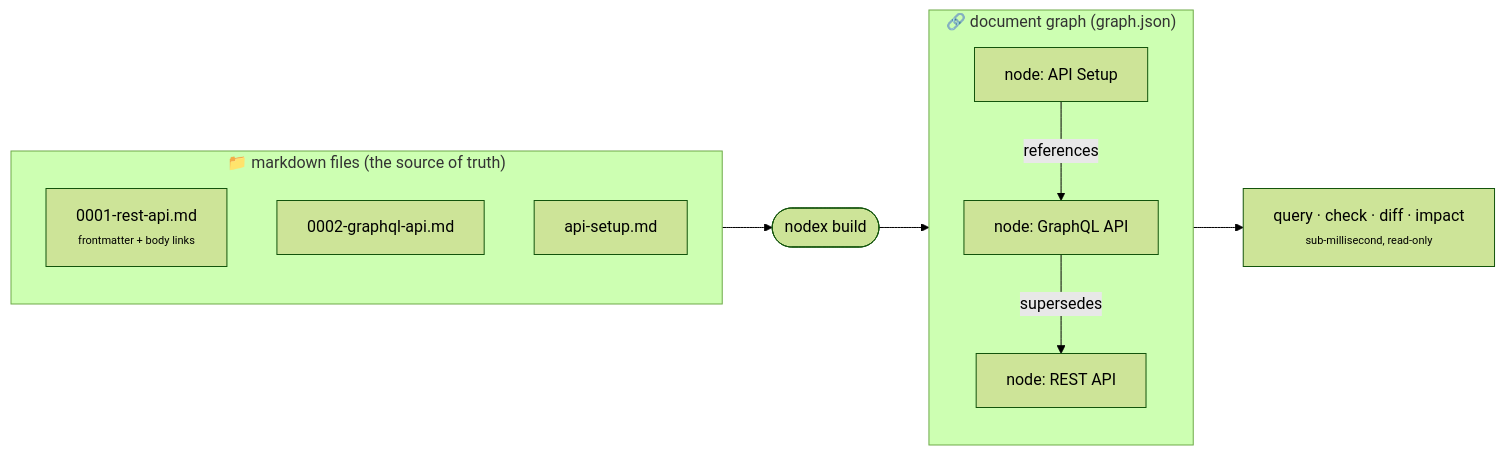
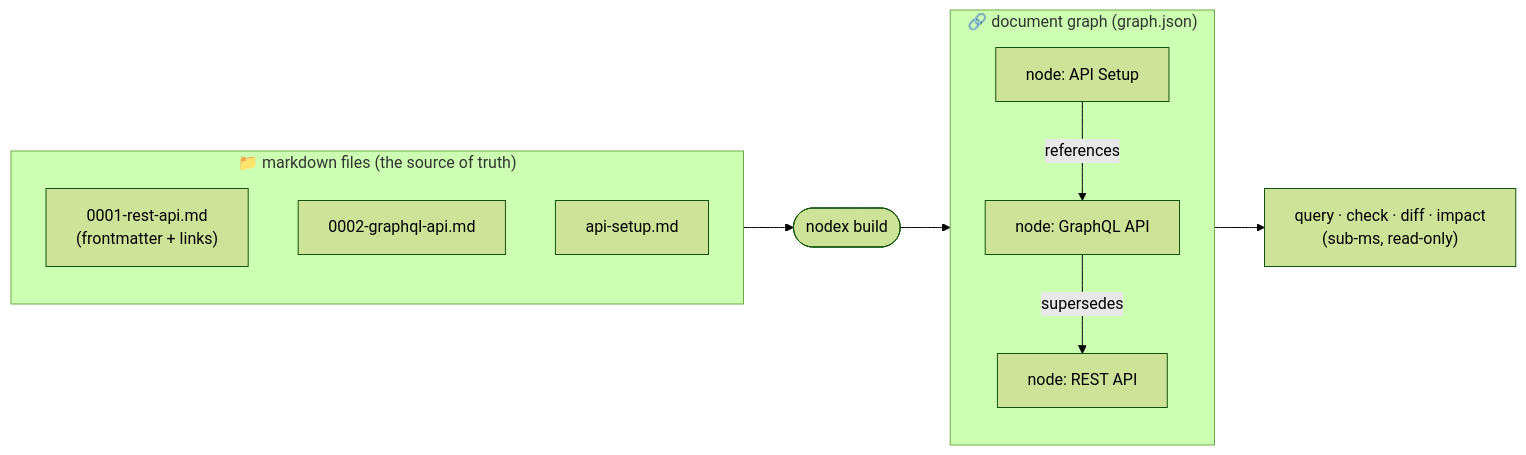
The second of 3 diagrams in README.md (junyeong-ai/nodex), drawn with Mermaid (forest theme) before and after one commit. The commit also changed other lines of this file and 6 other files, not shown here.

````diff
--- a/README.md
+++ b/README.md
@@ -217,20 +218,20 @@
 ```mermaid
 flowchart LR
   subgraph FS["📁 markdown files (the source of truth)"]
     direction TB
-    f1["0001-rest-api.md<br/><span style='font-size:11px'>frontmatter + body links</span>"]
+    f1["0001-rest-api.md<br/>(frontmatter + links)"]
     f2["0002-graphql-api.md"]
     f3["api-setup.md"]
   end
   build(["nodex build"])
   subgraph GR["🔗 document graph (graph.json)"]
     direction TB
     n1["node: REST API"]
     n2["node: GraphQL API"]
     n3["node: API Setup"]
     n2 -->|supersedes| n1
     n3 -->|references| n2
   end
   FS --> build --> GR
-  GR --> Q["query · check · diff · impact<br/><span style='font-size:11px'>sub-millisecond, read-only</span>"]
+  GR --> Q["query · check · diff · impact<br/>(sub-ms, read-only)"]
 ```
````
